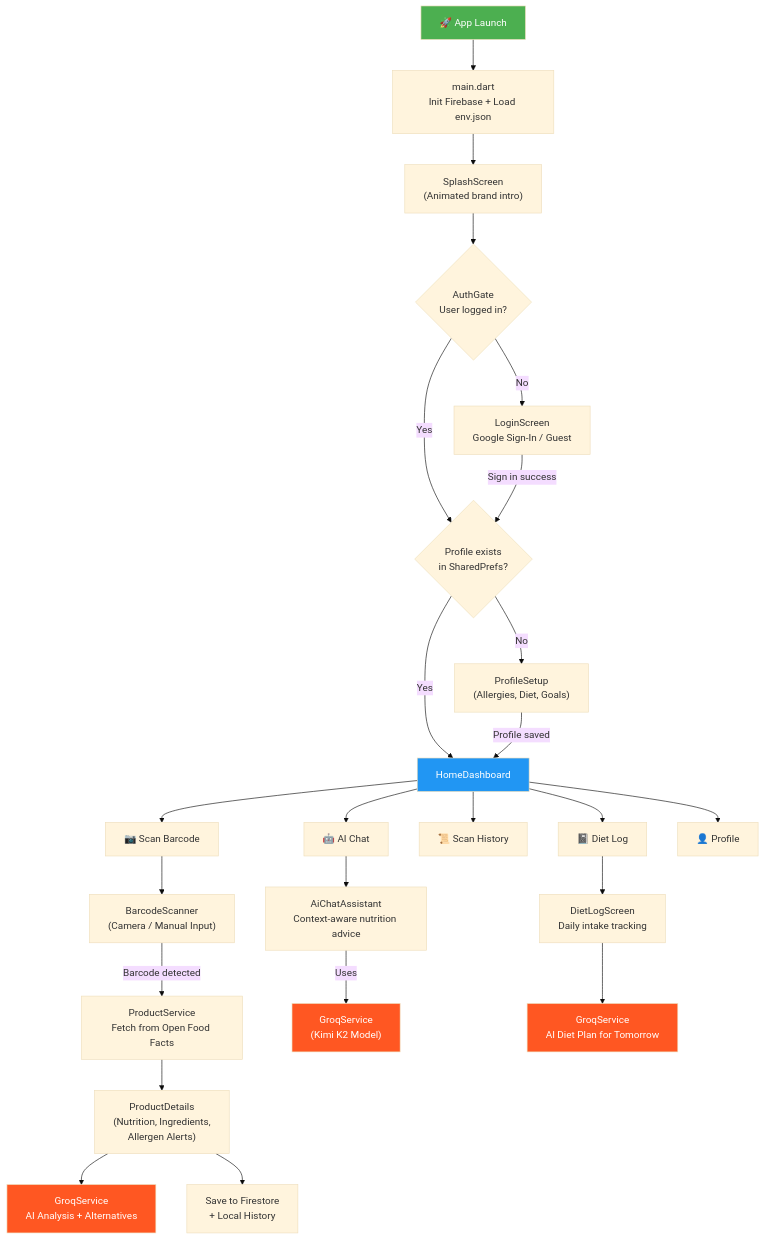
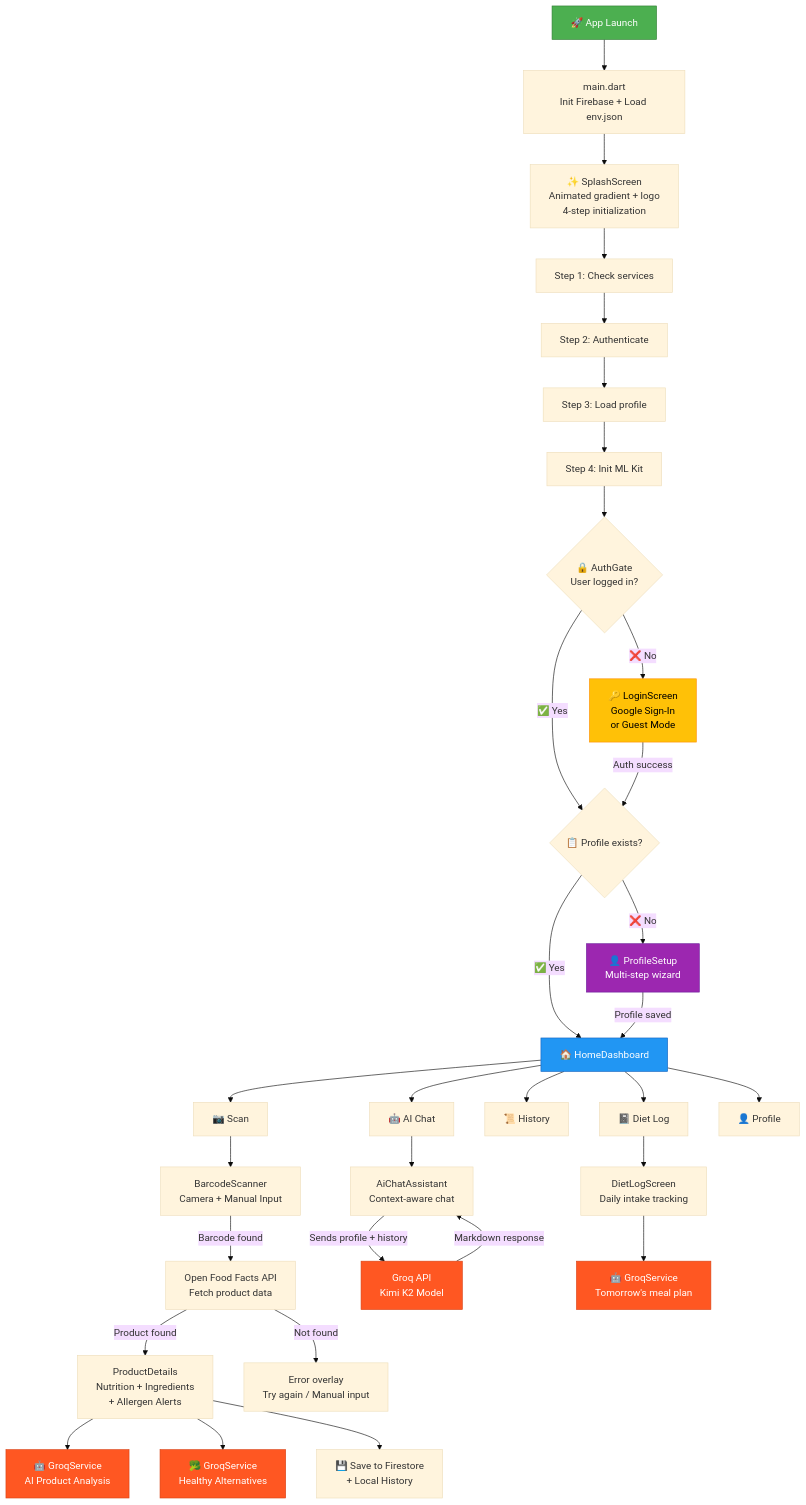
One commit to aanandmodi/food-insight-scanner changed the third of 6 diagrams in README.md. Above: the diagram before and after it, drawn with Mermaid (base theme). The commit also changed other lines of this file and 22 other files, not shown here.

First line of the commit message:
Security: Remove exposed keys + Enhanced README with rich diagrams

````diff
--- a/README.md
+++ b/README.md
@@ -182,38 +176,50 @@
 ```mermaid
 flowchart TD
-    A["🚀 App Launch"] --> B["main.dart\nInit Firebase + Load env.json"]
-    B --> C["SplashScreen\n(Animated brand intro)"]
-    C --> D{"AuthGate\nUser logged in?"}
+    A["🚀 App Launch"] --> B["main.dart<br/>Init Firebase + Load env.json"]
+    B --> C["✨ SplashScreen<br/>Animated gradient + logo<br/>4-step initialization"]
     
-    D -- "No" --> E["LoginScreen\nGoogle Sign-In / Guest"]
-    D -- "Yes" --> F{"Profile exists\nin SharedPrefs?"}
+    C --> C1["Step 1: Check services"]
+    C1 --> C2["Step 2: Authenticate"]
+    C2 --> C3["Step 3: Load profile"]
+    C3 --> C4["Step 4: Init ML Kit"]
+    C4 --> D{"🔒 AuthGate<br/>User logged in?"}
     
-    E --> |"Sign in success"| F
-    F -- "No" --> G["ProfileSetup\n(Allergies, Diet, Goals)"]
-    F -- "Yes" --> H["HomeDashboard"]
+    D -- "❌ No" --> E["🔑 LoginScreen<br/>Google Sign-In<br/>or Guest Mode"]
+    D -- "✅ Yes" --> F{"📋 Profile exists?"}
+    
+    E --> |"Auth success"| F
+    F -- "❌ No" --> G["👤 ProfileSetup<br/>Multi-step wizard"]
+    F -- "✅ Yes" --> H["🏠 HomeDashboard"]
     G --> |"Profile saved"| H
     
-    H --> I["📷 Scan Barcode"]
+    H --> I["📷 Scan"]
     H --> J["🤖 AI Chat"]
-    H --> K["📜 Scan History"]
+    H --> K["📜 History"]
     H --> L["📓 Diet Log"]
     H --> M["👤 Profile"]
     
-    I --> N["BarcodeScanner\n(Camera / Manual Input)"]
-    N --> |"Barcode detected"| O["ProductService\nFetch from Open Food Facts"]
-    O --> P["ProductDetails\n(Nutrition, Ingredients,\nAllergen Alerts)"]
-    P --> Q["GroqService\nAI Analysis + Alternatives"]
-    P --> R["Save to Firestore\n+ Local History"]
+    I --> N["BarcodeScanner<br/>Camera + Manual Input"]
+    N --> |"Barcode found"| O["Open Food Facts API<br/>Fetch product data"]
+    O --> |"Product found"| P["ProductDetails<br/>Nutrition + Ingredients<br/>+ Allergen Alerts"]
+    O --> |"Not found"| N2["Error overlay<br/>Try again / Manual input"]
     
-    J --> S["AiChatAssistant\nContext-aware nutrition advice"]
-    S --> |"Uses"| T["GroqService\n(Kimi K2 Model)"]
+    P --> Q["🤖 GroqService<br/>AI Product Analysis"]
+    P --> R["🥦 GroqService<br/>Healthy Alternatives"]
+    P --> S["💾 Save to Firestore<br/>+ Local History"]
     
-    L --> U["DietLogScreen\nDaily intake tracking"]
-    U --> V["GroqService\nAI Diet Plan for Tomorrow"]
+    J --> T["AiChatAssistant<br/>Context-aware chat"]
+    T --> |"Sends profile + history"| U["Groq API<br/>Kimi K2 Model"]
+    U --> |"Markdown response"| T
+    
+    L --> V["DietLogScreen<br/>Daily intake tracking"]
+    V --> W["🤖 GroqService<br/>Tomorrow's meal plan"]
 
-    style A fill:#4CAF50,color:#fff
-    style H fill:#2196F3,color:#fff
-    style Q fill:#FF5722,color:#fff
-    style T fill:#FF5722,color:#fff
-    style V fill:#FF5722,color:#fff
+    style A fill:#4CAF50,color:#fff,stroke:#2E7D32
+    style H fill:#2196F3,color:#fff,stroke:#1565C0
+    style Q fill:#FF5722,color:#fff,stroke:#D84315
+    style R fill:#FF5722,color:#fff,stroke:#D84315
+    style U fill:#FF5722,color:#fff,stroke:#D84315
+    style W fill:#FF5722,color:#fff,stroke:#D84315
+    style E fill:#FFC107,color:#000,stroke:#FF8F00
+    style G fill:#9C27B0,color:#fff,stroke:#6A1B9A
 ```
````
